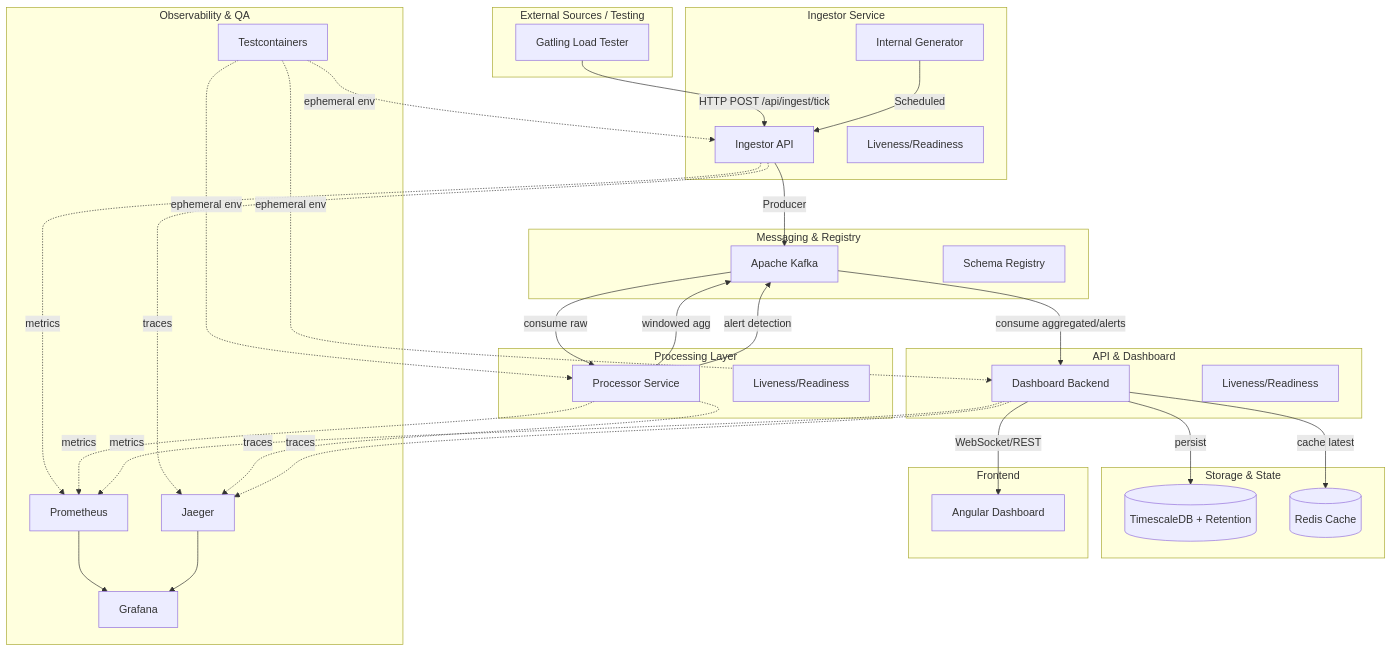
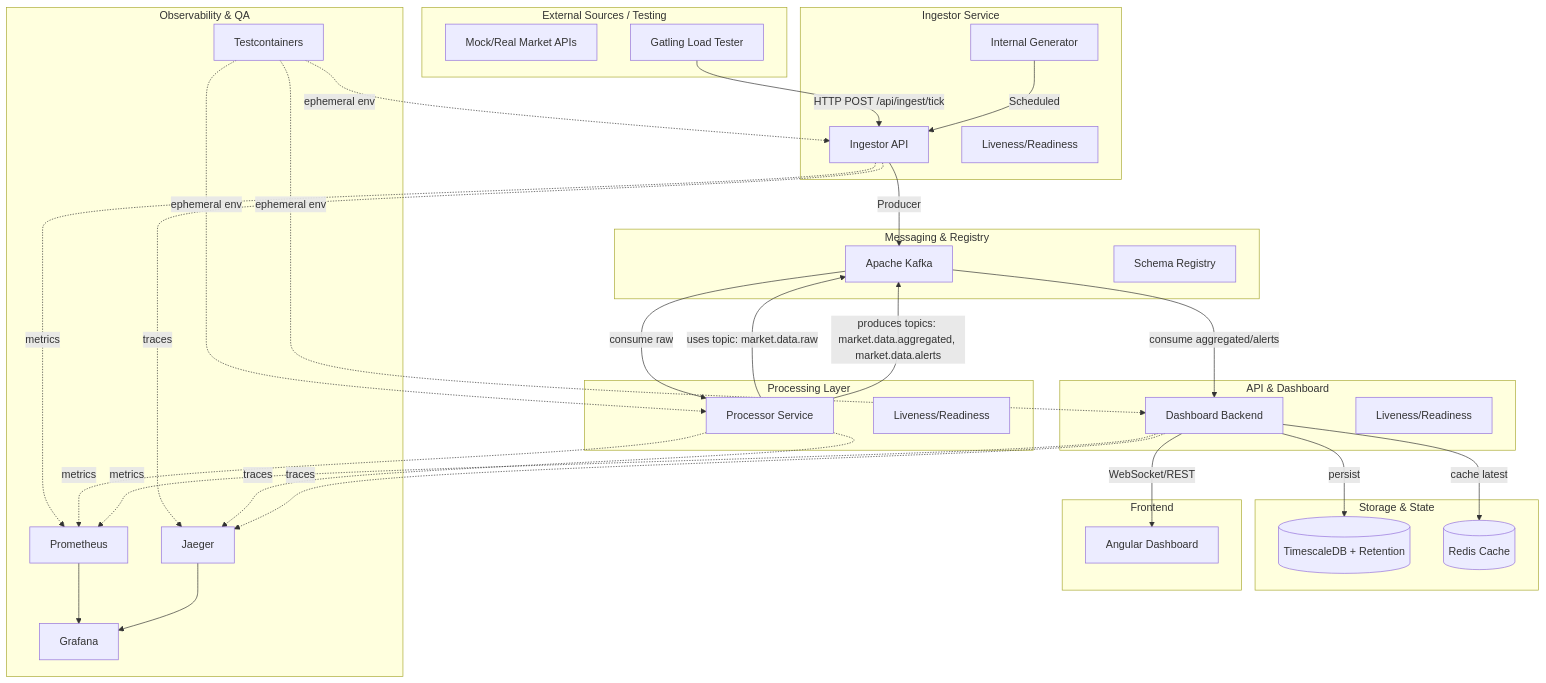
The first of 2 diagrams in README.md (dawidbera/market-data-pipeline), drawn with Mermaid before and after one commit. The commit also changed other lines of this file and 8 other files, not shown here.

````diff
--- a/README.md
+++ b/README.md
@@ -17,60 +18,61 @@
 ```mermaid
 graph TD
     subgraph "External Sources / Testing"
+        APIs[Mock/Real Market APIs]
         GAT[Gatling Load Tester]
     end
 
     subgraph "Ingestor Service"
         IS[Ingestor API]
         IG[Internal Generator]
         IS_H[Liveness/Readiness]
     end
 
     subgraph "Messaging & Registry"
         K[Apache Kafka]
         SR[Schema Registry]
     end
 
     subgraph "Processing Layer"
         PS[Processor Service]
         PS_H[Liveness/Readiness]
-        PS -- windowed agg --> K
-        PS -- alert detection --> K
+        PS -- uses topic: market.data.raw --> K
+        PS -- produces topics: market.data.aggregated, market.data.alerts --> K
     end
 
     subgraph "Storage & State"
         DB[(TimescaleDB + Retention)]
         R[(Redis Cache)]
     end
 
     subgraph "API & Dashboard"
         DS[Dashboard Backend]
         DS_H[Liveness/Readiness]
     end
 
     subgraph "Frontend"
         FE[Angular Dashboard]
     end
 
     subgraph "Observability & QA"
         PROM[Prometheus]
         GRAF[Grafana]
         JAEG[Jaeger]
         TC[Testcontainers]
     end
 
     GAT -- HTTP POST /api/ingest/tick --> IS
     IG -- Scheduled --> IS
     IS -- Producer --> K
     K -- consume raw --> PS
     K -- consume aggregated/alerts --> DS
     DS -- persist --> DB
     DS -- cache latest --> R
     DS -- WebSocket/REST --> FE
 
     %% Observability & Health
     IS & PS & DS -. metrics .-> PROM
     IS & PS & DS -. traces .-> JAEG
     PROM & JAEG --> GRAF
     TC -. ephemeral env .-> IS & PS & DS
 ```
````
